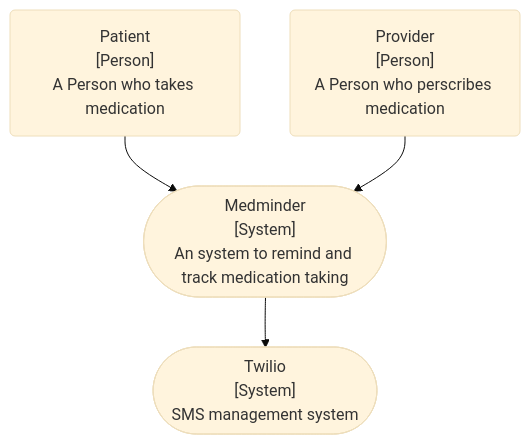
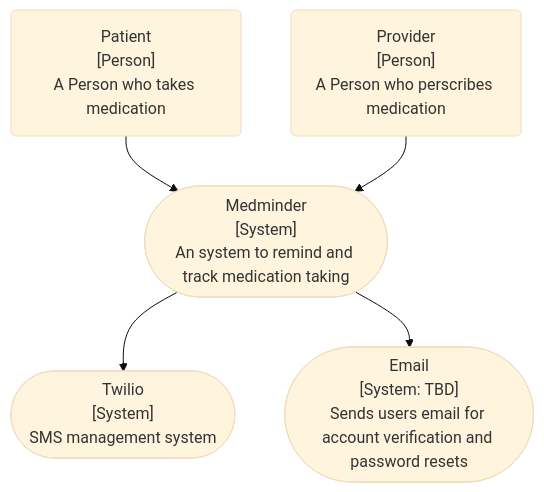
The first of 7 diagrams in design/C4diagrams.md (nop0x0f/COSC412_team1), drawn with Mermaid (base theme) before and after one commit. The commit also changed other lines of this file, not shown here.

First line of the commit message:
Update C4diagrams.md

````diff
--- a/design/C4diagrams.md
+++ b/design/C4diagrams.md
@@ -2,10 +2,12 @@
 ```mermaid
 flowchart TB
 Patient("Patient<br/>[Person]<br/>A Person who takes medication")
 Provider("Provider<br/>[Person]<br/>A Person who perscribes medication")
 Medminder(["Medminder<br/>[System]<br/>An system to remind and track medication taking"])
 Twilio(["Twilio<br/>[System]<br/>SMS management system"])
+Email(["Email<br/>[System: TBD]<br/>Sends users email for account verification and password resets"])
 Patient --> Medminder
 Provider --> Medminder
 Medminder --> Twilio
+Medminder --> Email
 ```
````
